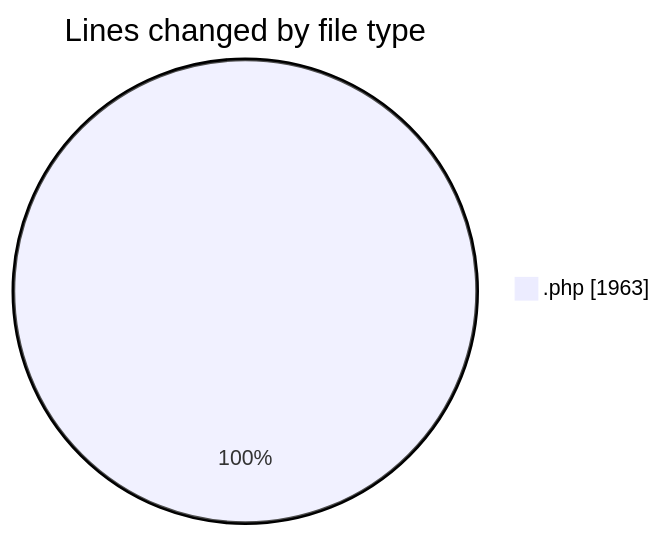
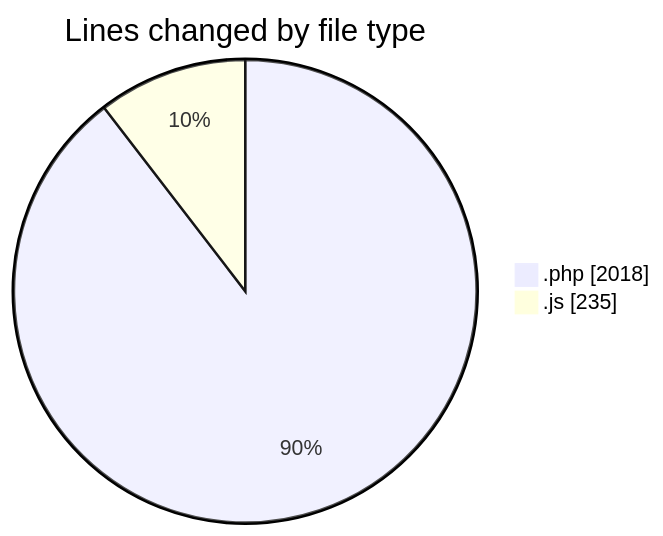
Before and after one commit to debugP/code-tracking: the first of 2 diagrams in 2025-09-30/untitled__workspace_/README.md, drawn with Mermaid. The commit also changed other lines of this file and 1 other file, not shown here.

````diff
--- a/2025-09-30/untitled__workspace_/README.md
+++ b/2025-09-30/untitled__workspace_/README.md
@@ -22,5 +23,6 @@
 ```mermaid
 pie showData
 title Lines changed by file type
-".php" : 1963
+".php" : 2018
+".js" : 235
 ```
````
